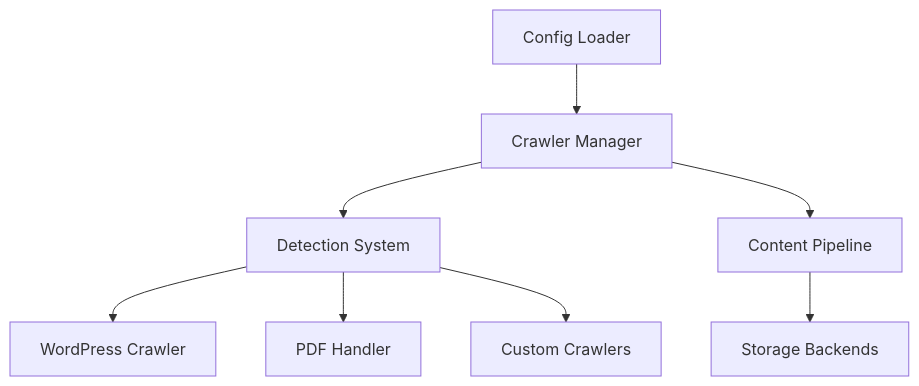
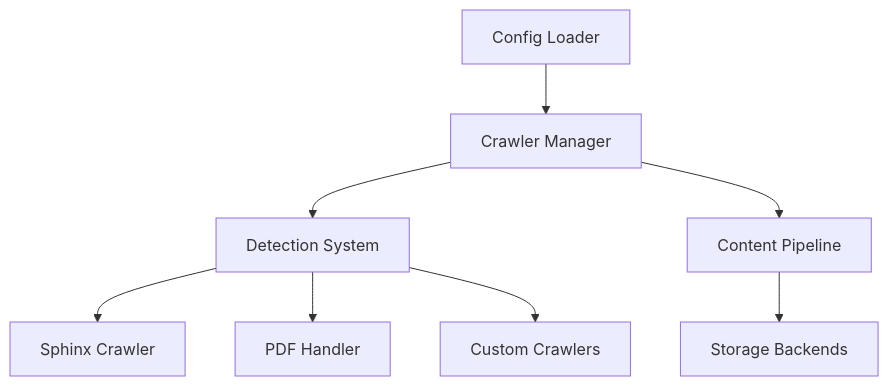
The diagram in docs/architecture.md (ninabarzh/site-crawler-framework), drawn with Mermaid before and after one commit. The commit also changed other lines of this file, not shown here.

````diff
--- a/docs/architecture.md
+++ b/docs/architecture.md
@@ -7,10 +3,10 @@
 ```mermaid
 graph TD
     A[Config Loader] --> B[Crawler Manager]
     B --> C[Detection System]
-    C --> D[WordPress Crawler]
+    C --> D[Sphinx Crawler]
     C --> E[PDF Handler]
     C --> F[Custom Crawlers]
     B --> G[Content Pipeline]
     G --> H[Storage Backends]
 ```
````
